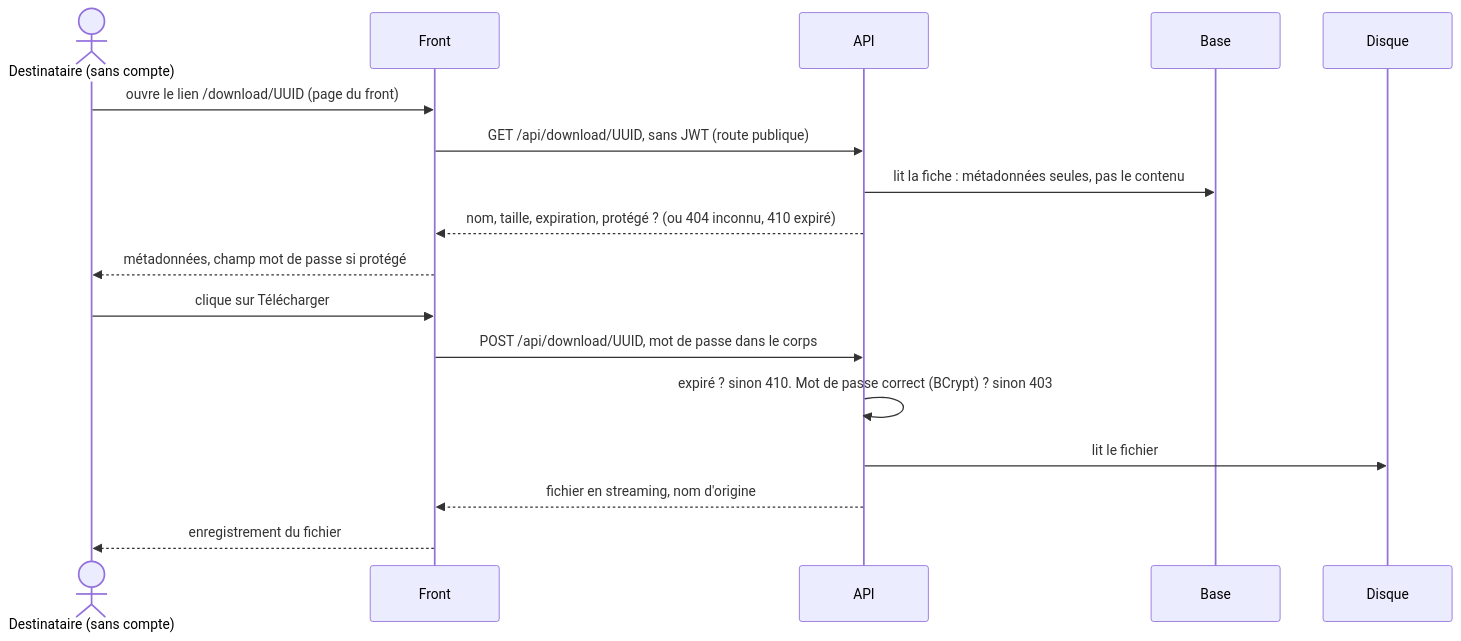
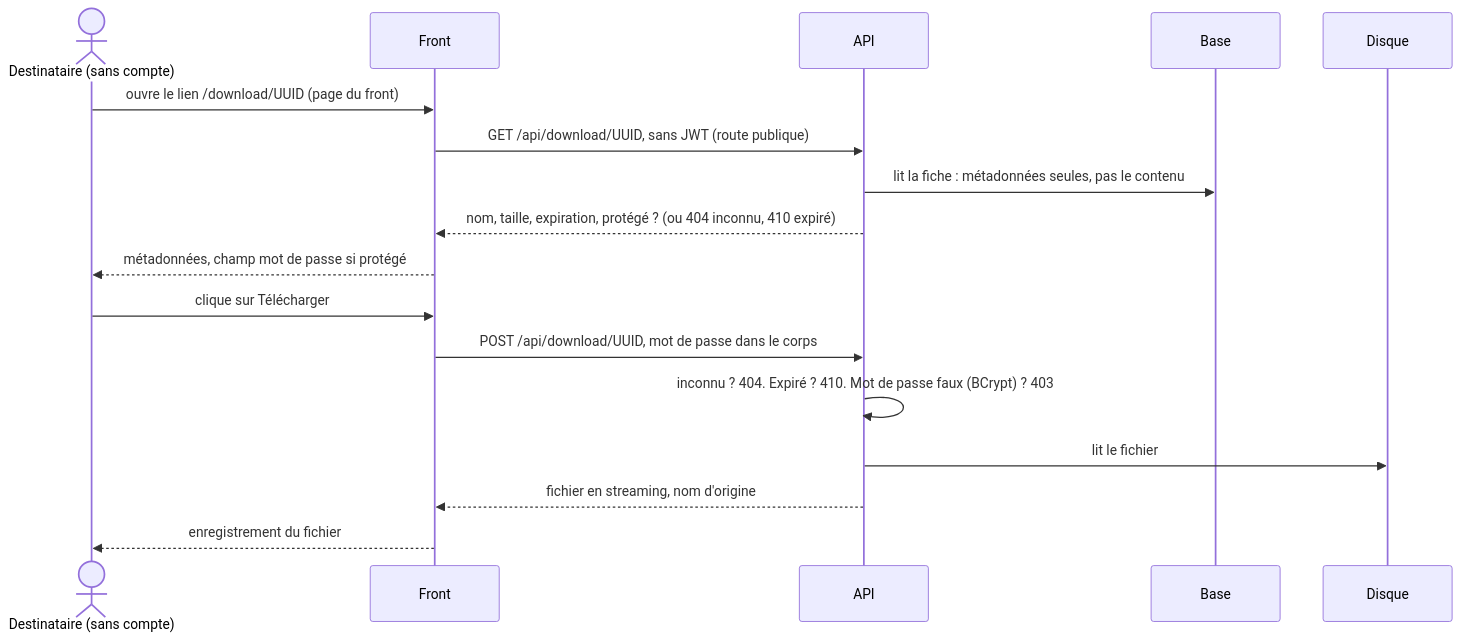
Before and after one commit to younesyousfipro/data-share: the fifth of 6 diagrams in docs/conception/architecture.md, drawn with Mermaid. The commit also changed other lines of this file and 6 other files, not shown here.

````diff
--- a/docs/conception/architecture.md
+++ b/docs/conception/architecture.md
@@ -522,20 +522,20 @@
 ```mermaid
 sequenceDiagram
   actor R as Destinataire (sans compte)
   participant F as Front
   participant A as API
   participant B as Base
   participant D as Disque
 
   R->>F: ouvre le lien /download/UUID (page du front)
   F->>A: GET /api/download/UUID, sans JWT (route publique)
   A->>B: lit la fiche : métadonnées seules, pas le contenu
   A-->>F: nom, taille, expiration, protégé ? (ou 404 inconnu, 410 expiré)
   F-->>R: métadonnées, champ mot de passe si protégé
   R->>F: clique sur Télécharger
   F->>A: POST /api/download/UUID, mot de passe dans le corps
-  A->>A: expiré ? sinon 410. Mot de passe correct (BCrypt) ? sinon 403
+  A->>A: inconnu ? 404. Expiré ? 410. Mot de passe faux (BCrypt) ? 403
   A->>D: lit le fichier
   A-->>F: fichier en streaming, nom d'origine
   F-->>R: enregistrement du fichier
 ```
````
